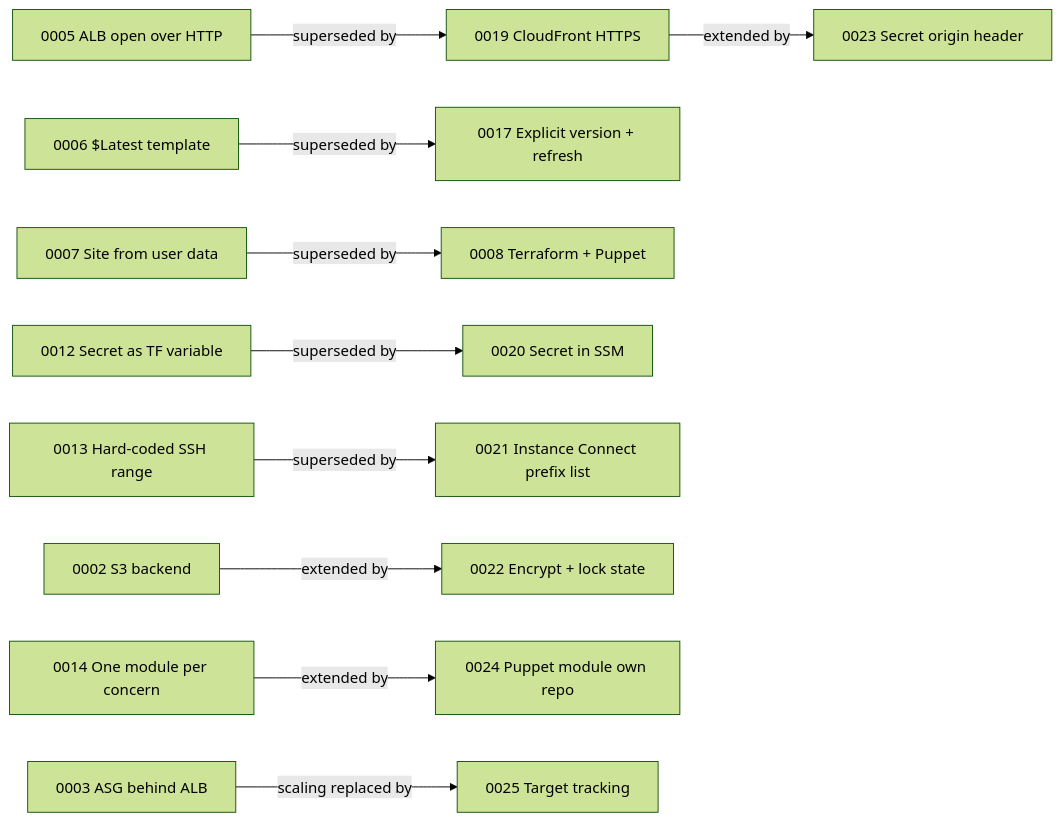
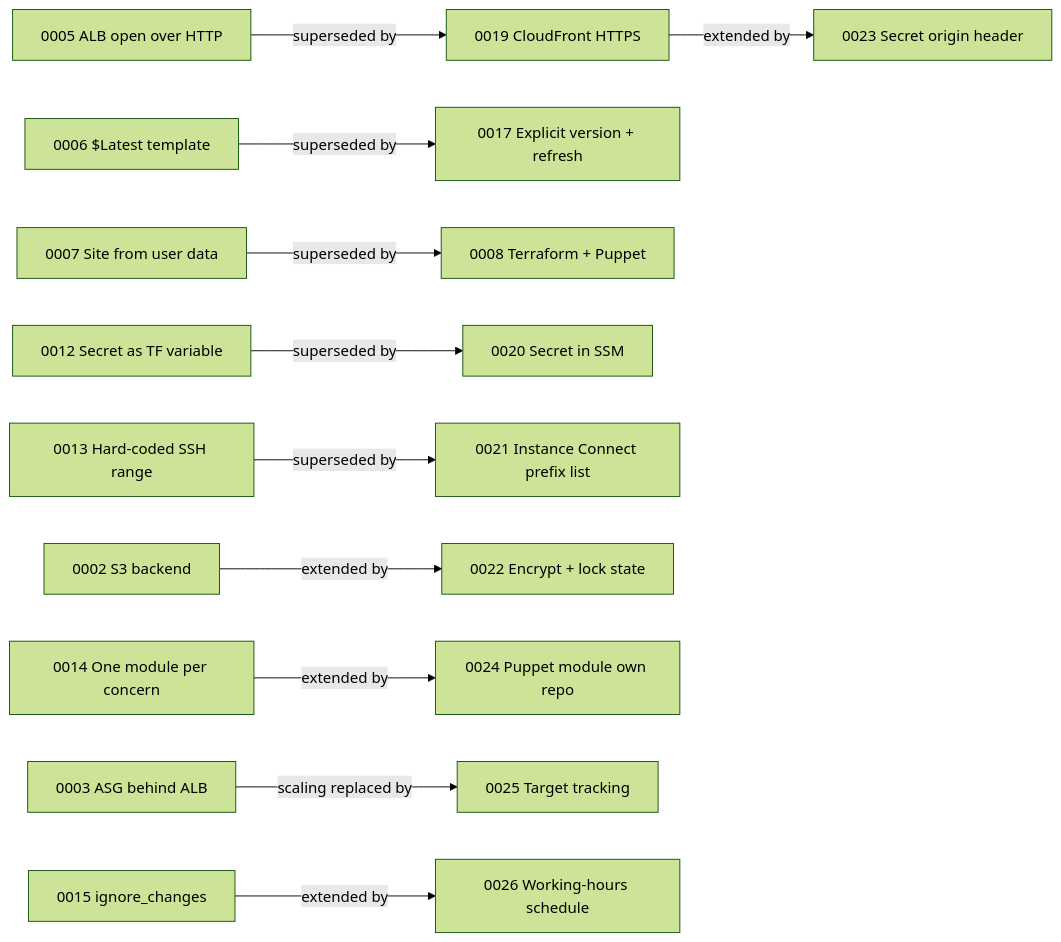
One commit to sarahaziziyan/terraform-AWS-Puppet changed the diagram in docs/adr/README.md. Above: the diagram before and after it, drawn with Mermaid (forest theme). The commit also changed other lines of this file and 18 other files, not shown here.

Commit message:
feat: implement working-hours schedule for web servers

````diff
--- a/docs/adr/README.md
+++ b/docs/adr/README.md
@@ -37,12 +38,13 @@
 ```mermaid
 flowchart LR
   A5[0005 ALB open over HTTP] -->|superseded by| A19[0019 CloudFront HTTPS]
   A19 -->|extended by| A23[0023 Secret origin header]
   A6[0006 $Latest template] -->|superseded by| A17[0017 Explicit version + refresh]
   A7[0007 Site from user data] -->|superseded by| A8[0008 Terraform + Puppet]
   A12[0012 Secret as TF variable] -->|superseded by| A20[0020 Secret in SSM]
   A13[0013 Hard-coded SSH range] -->|superseded by| A21[0021 Instance Connect prefix list]
   A2[0002 S3 backend] -->|extended by| A22[0022 Encrypt + lock state]
   A14[0014 One module per concern] -->|extended by| A24[0024 Puppet module own repo]
   A3[0003 ASG behind ALB] -->|scaling replaced by| A25[0025 Target tracking]
+  A15[0015 ignore_changes] -->|extended by| A26[0026 Working-hours schedule]
 ```
````
